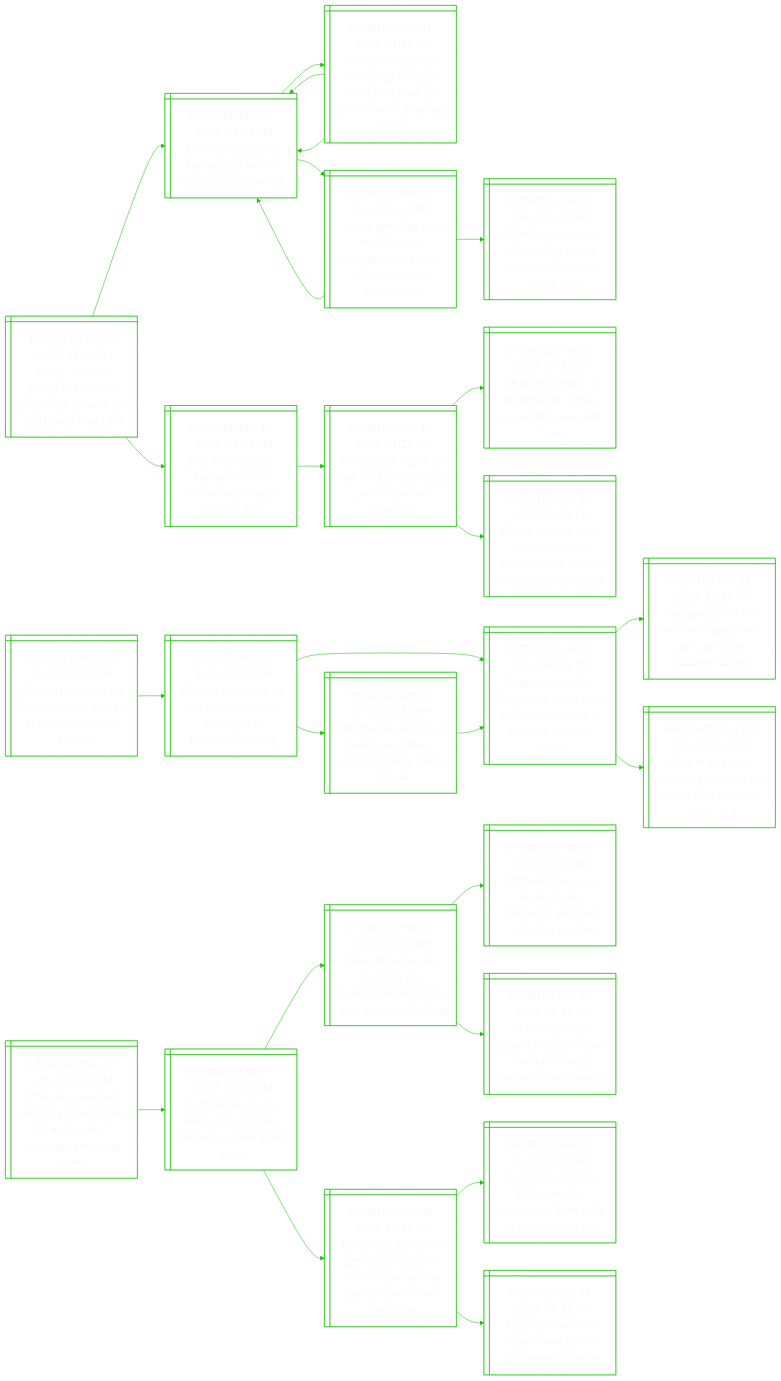
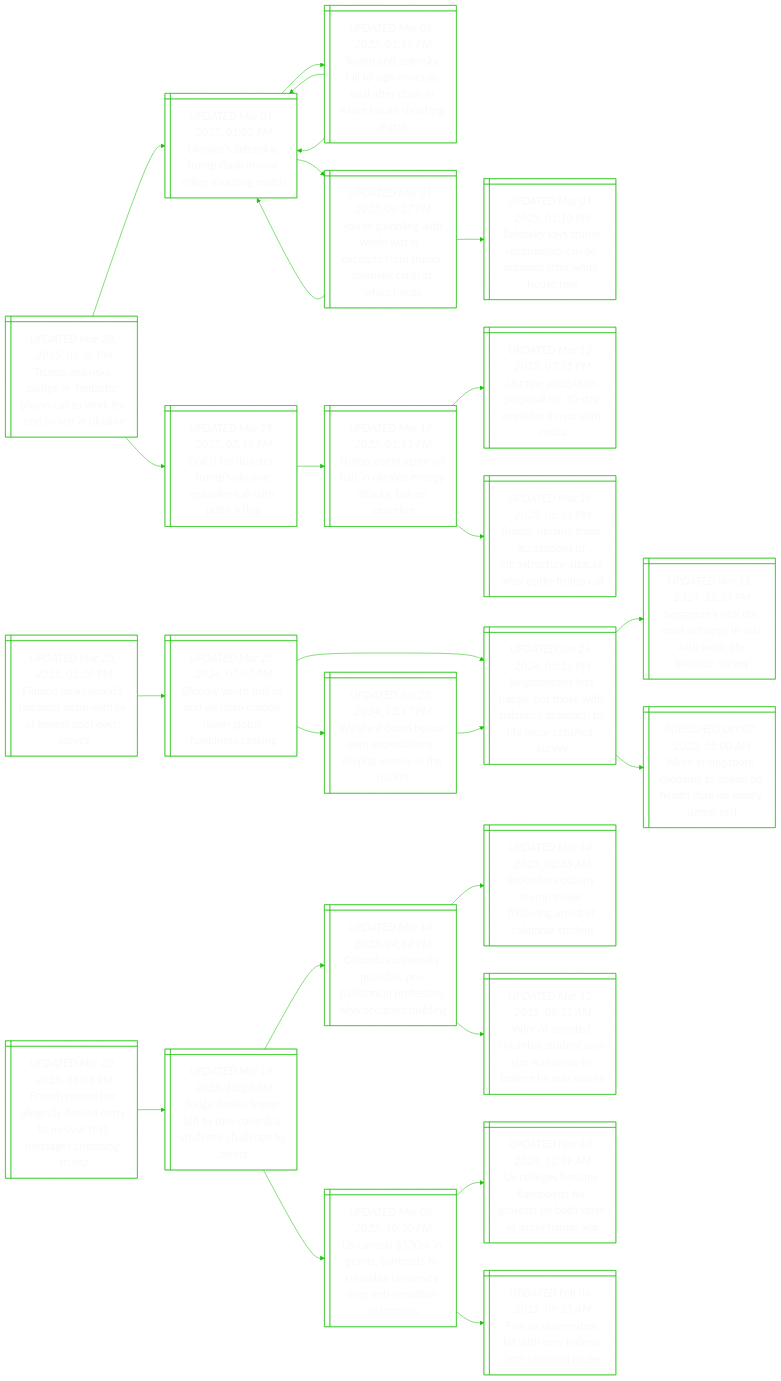
The diagram in README.md (notJmes/notJmes), drawn with Mermaid before and after one commit. The commit also changed other lines of this file, not shown here.

```diff
--- a/README.md
+++ b/README.md
@@ -53,7 +53,7 @@
 TPaotreyctar:::txtsize --> UneSoocfnis:::txtsize
 TPaotreyctar:::txtsize --> Raiacifacakeiml:::txtsize
 
-FnklptnUosvr@{ shape: win-pane, label: "_UPDATED Mar 20, 2025, 03:46 PM_
+FnklptnUosvr@{ shape: win-pane, label: "_UPDATED Mar 20, 2025, 05:30 PM_
 Finland ranks world’s happiest again with us at lowest spot ever: survey" }
 GyhUWrowbpsk@{ shape: win-pane, label: "_UPDATED Mar 20, 2024, 07:07 PM_
 Gloomy youth pull us and western europe down global happiness ranking" }
```
